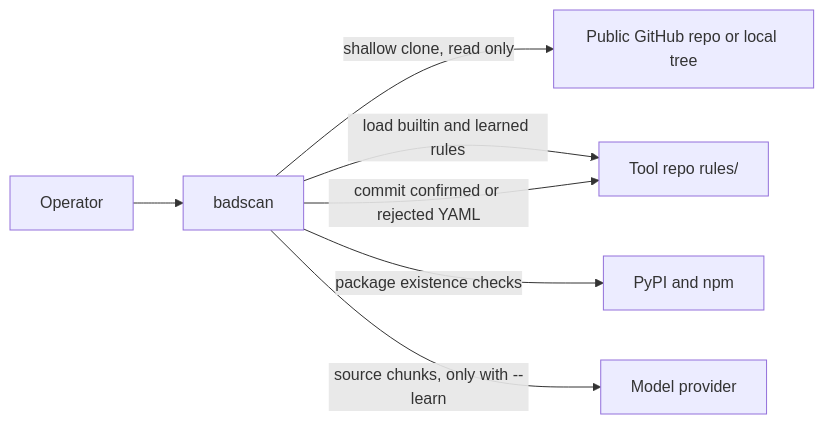
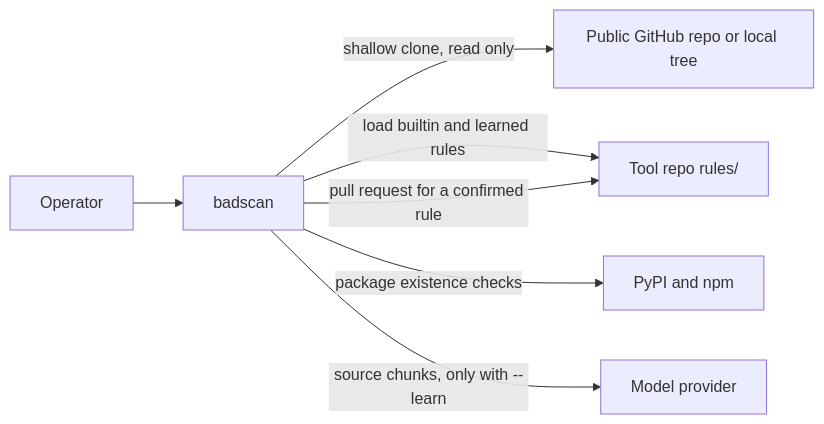
The first of 4 diagrams in docs/architecture.md (nunombispo/bad-code-patterns-scanner), drawn with Mermaid before and after one commit. The commit also changed other lines of this file and 4 other files, not shown here.

First line of the commit message:
Open a pull request when a learned pattern is confirmed.

````diff
--- a/docs/architecture.md
+++ b/docs/architecture.md
@@ -11,16 +11,16 @@
 ```mermaid
 flowchart LR
   operator[Operator]
   cli[badscan]
   target[Public GitHub repo or local tree]
   model[Model provider]
   registry[PyPI and npm]
   rules[Tool repo rules/]
 
   operator --> cli
   cli -->|shallow clone, read only| target
   cli -->|load builtin and learned rules| rules
-  cli -->|commit confirmed or rejected YAML| rules
+  cli -->|pull request for a confirmed rule| rules
   cli -->|package existence checks| registry
   cli -->|source chunks, only with --learn| model
 ```
````
